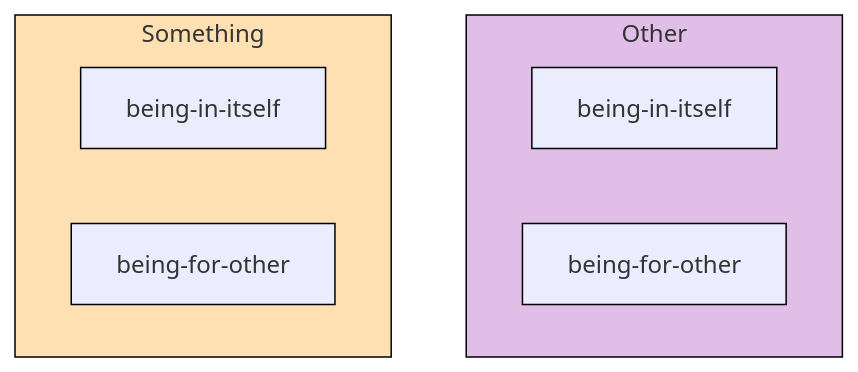
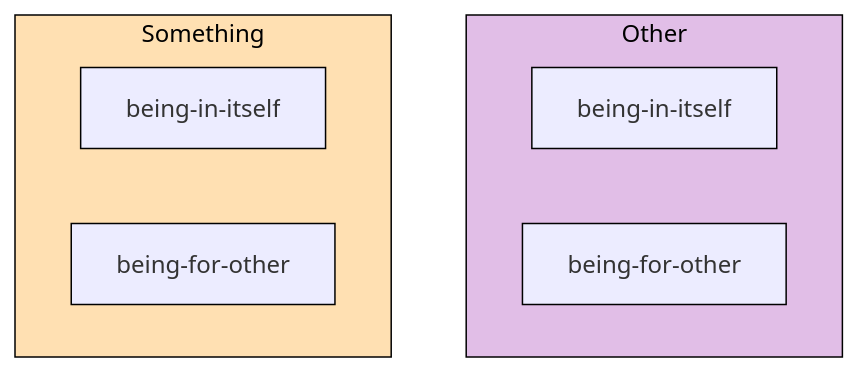
Before and after one commit to systemphil/sphil: the second of 3 diagrams in content/hegel/reference/something-and-other/development.mdx, drawn with Mermaid. The commit also changed other lines of this file and 1 other file, not shown here.

````diff
--- a/content/hegel/reference/something-and-other/development.mdx
+++ b/content/hegel/reference/something-and-other/development.mdx
@@ -257,19 +257,19 @@
 ```mermaid
 flowchart TD
  subgraph s1["Other"]
         n1["being-in-itself"]
         A["being-for-other"]
   end
  subgraph s2["Something"]
         n3["being-in-itself"]
         n2["being-for-other"]
   end
 
     style n1 stroke:#000000
     style A stroke:#000000
     style n3 stroke:#000000
     style n2 stroke:#000000
-    style s2 stroke:#000000,fill:#FFE0B2
-    style s1 stroke:#000000,fill:#E1BEE7
+    style s2 stroke:#000000,fill:#FFE0B2,color:#000000
+    style s1 stroke:#000000,fill:#E1BEE7,color:#000000
 
 ```
````
